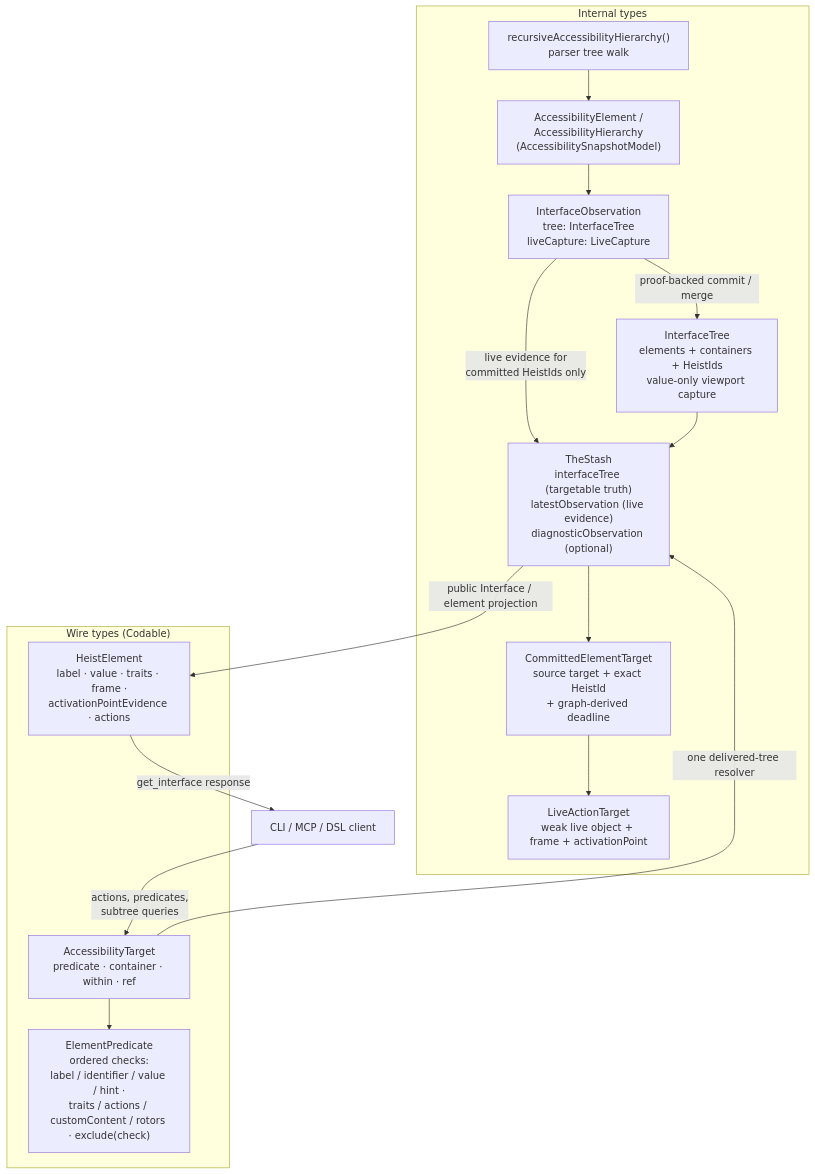
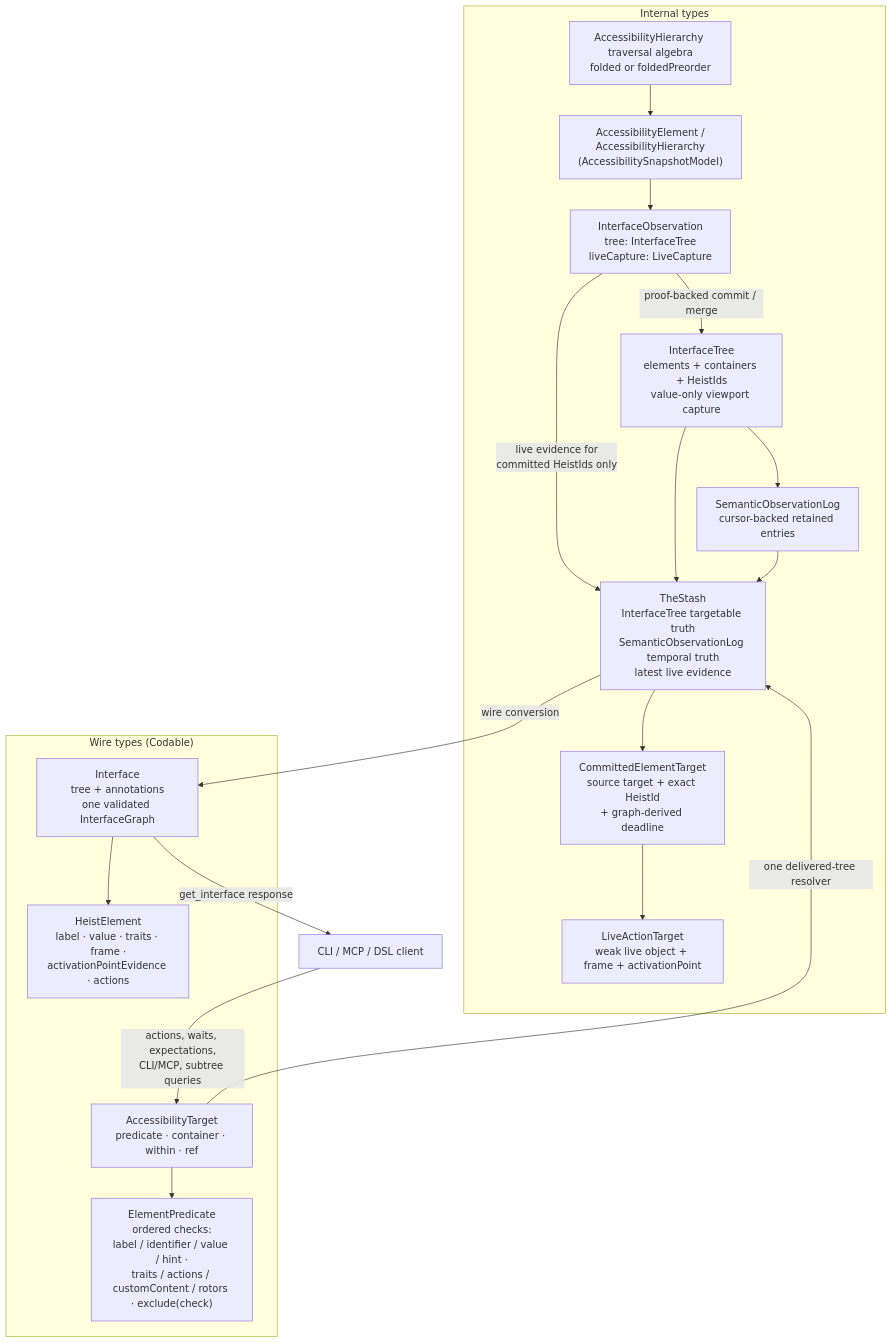
Before and after one commit to RoyalPineapple/TheButtonHeist: the diagram in docs/diagrams/currency-types.md, drawn with Mermaid. The commit also changed other lines of this file and 16 other files, not shown here.

Commit message:
Lock canonical pipeline architecture shape

````diff
--- a/docs/diagrams/currency-types.md
+++ b/docs/diagrams/currency-types.md
@@ -8,34 +8,39 @@
 ```mermaid
 flowchart TD
     subgraph internal["Internal types"]
-        WALK["recursiveAccessibilityHierarchy()<br/>parser tree walk"]
+        WALK["AccessibilityHierarchy traversal algebra<br/>folded or foldedPreorder"]
         AXE["AccessibilityElement /<br/>AccessibilityHierarchy<br/>(AccessibilitySnapshotModel)"]
         OBS["InterfaceObservation<br/>tree: InterfaceTree<br/>liveCapture: LiveCapture"]
         TREE["InterfaceTree<br/>elements + containers + HeistIds<br/>value-only viewport capture"]
-        STASH["TheStash<br/>interfaceTree (targetable truth)<br/>latestObservation (live evidence)<br/>diagnosticObservation (optional)"]
+        LOG["SemanticObservationLog<br/>cursor-backed retained entries"]
+        STASH["TheStash<br/>InterfaceTree targetable truth<br/>SemanticObservationLog temporal truth<br/>latest live evidence"]
         PIN["CommittedElementTarget<br/>source target + exact HeistId<br/>+ graph-derived deadline"]
         LIVET["LiveActionTarget<br/>weak live object + frame + activationPoint"]
         WALK --> AXE
         AXE --> OBS
         OBS -- "proof-backed commit / merge" --> TREE
         OBS -- "live evidence for<br/>committed HeistIds only" --> STASH
         TREE --> STASH
+        TREE --> LOG
+        LOG --> STASH
         STASH --> PIN
         PIN --> LIVET
     end
 
     subgraph wireTypes["Wire types (Codable)"]
+        IFACE["Interface<br/>tree + annotations<br/>one validated InterfaceGraph"]
         HE["HeistElement<br/>label · value · traits · frame ·<br/>activationPointEvidence · actions"]
         ET["AccessibilityTarget<br/>predicate · container · within · ref"]
         EP["ElementPredicate<br/>ordered checks:<br/>label / identifier / value / hint ·<br/>traits / actions / customContent / rotors · exclude(check)"]
+        IFACE --> HE
         HE ~~~ ET
         ET --> EP
     end
 
     CLIENT["CLI / MCP / DSL client"]
 
-    STASH -- "public Interface / element projection" --> HE
-    HE -- "get_interface response" --> CLIENT
-    CLIENT -- "actions, predicates,<br/>subtree queries" --> ET
+    STASH -- "wire conversion" --> IFACE
+    IFACE -- "get_interface response" --> CLIENT
+    CLIENT -- "actions, waits, expectations,<br/>CLI/MCP, subtree queries" --> ET
     ET -- "one delivered-tree resolver" --> STASH
 ```
````
